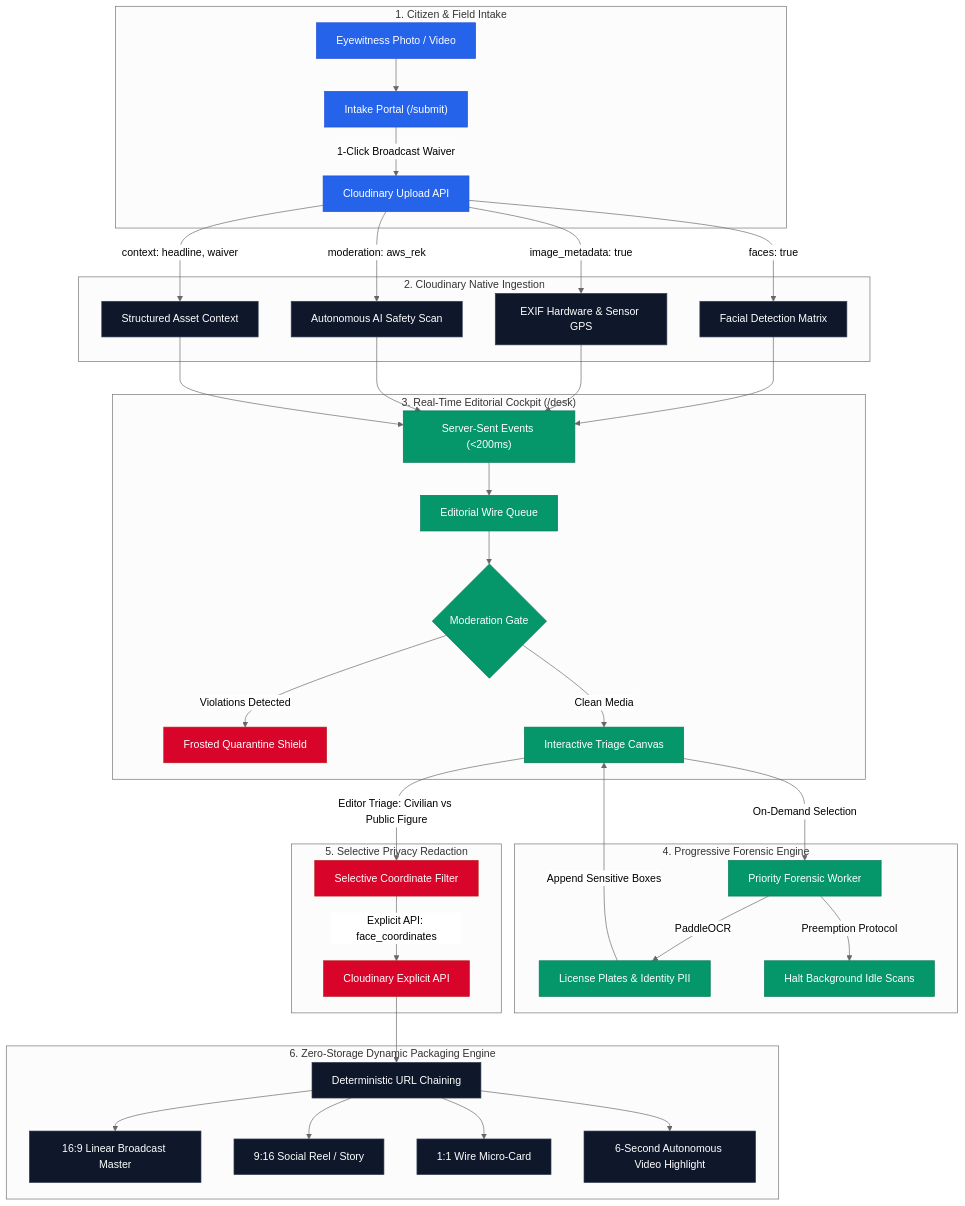
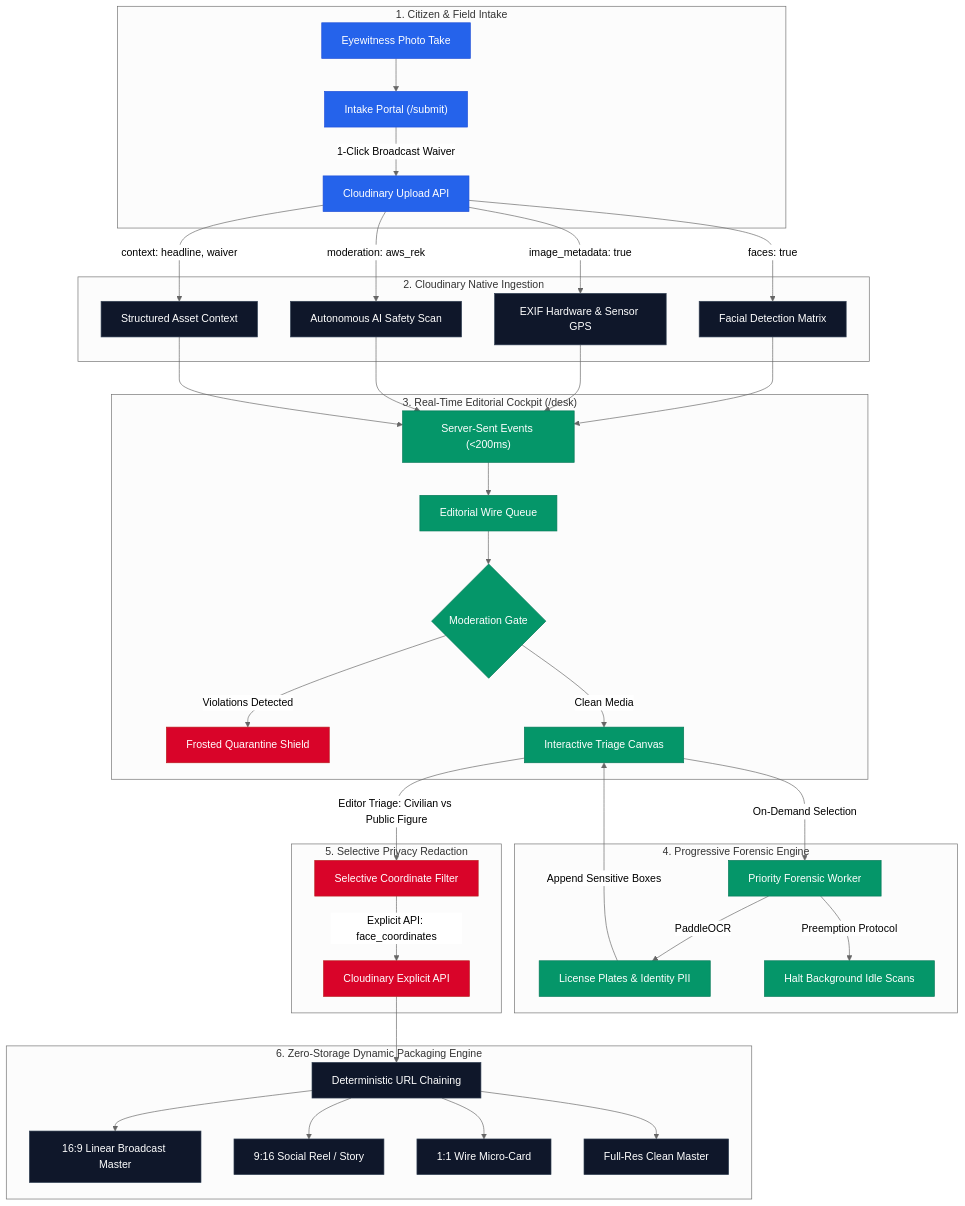
The diagram in README.md (HackIndiaXYZ/pixels-to-products-cloudinary-ai-hackathon-2026-rwik-debnath), drawn with Mermaid (neutral theme) before and after one commit. The commit also changed other lines of this file, not shown here.

Commit message:
docs: remove 6s video references to align with photo journalism pipeline

````diff
--- a/README.md
+++ b/README.md
@@ -51,56 +51,56 @@
 ```mermaid
 flowchart TD
     subgraph INTAKE ["1. Citizen & Field Intake"]
-        A["Eyewitness Photo / Video"] --> B["Intake Portal (/submit)"]
+        A["Eyewitness Photo Take"] --> B["Intake Portal (/submit)"]
         B -->|"1-Click Broadcast Waiver"| C["Cloudinary Upload API"]
     end
 
     subgraph CLOUDINARY_INGEST ["2. Cloudinary Native Ingestion"]
         C -->|"faces: true"| D["Facial Detection Matrix"]
         C -->|"image_metadata: true"| E["EXIF Hardware & Sensor GPS"]
         C -->|"moderation: aws_rek"| F["Autonomous AI Safety Scan"]
         C -->|"context: headline, waiver"| G["Structured Asset Context"]
     end
 
     subgraph WIRE_DESK ["3. Real-Time Editorial Cockpit (/desk)"]
         D --> H["Server-Sent Events (<200ms)"]
         E --> H
         F --> H
         G --> H
         H --> I["Editorial Wire Queue"]
         I --> J{"Moderation Gate"}
         J -->|"Violations Detected"| K["Frosted Quarantine Shield"]
         J -->|"Clean Media"| L["Interactive Triage Canvas"]
     end
 
     subgraph FORENSICS ["4. Progressive Forensic Engine"]
         L -->|"On-Demand Selection"| M["Priority Forensic Worker"]
         M -->|"PaddleOCR"| N["License Plates & Identity PII"]
         M -->|"Preemption Protocol"| O["Halt Background Idle Scans"]
         N -->|"Append Sensitive Boxes"| L
     end
 
     subgraph REDACTION ["5. Selective Privacy Redaction"]
         L -->|"Editor Triage: Civilian vs Public Figure"| P["Selective Coordinate Filter"]
         P -->|"Explicit API: face_coordinates"| Q["Cloudinary Explicit API"]
     end
 
     subgraph PACKAGING ["6. Zero-Storage Dynamic Packaging Engine"]
         Q --> R["Deterministic URL Chaining"]
         R --> S["16:9 Linear Broadcast Master"]
         R --> T["9:16 Social Reel / Story"]
         R --> U["1:1 Wire Micro-Card"]
-        R --> V["6-Second Autonomous Video Highlight"]
+        R --> V["Full-Res Clean Master"]
     end
 
     classDef primary fill:#2563eb,stroke:#1d4ed8,color:#fff;
     classDef accent fill:#d90429,stroke:#b91c1c,color:#fff;
     classDef success fill:#059669,stroke:#047857,color:#fff;
     classDef dark fill:#0f172a,stroke:#334155,color:#fff;
     
     class A,B,C primary;
     class D,E,F,G dark;
     class H,I,J,L,M,N,O success;
     class K,P,Q accent;
     class R,S,T,U,V dark;
 ```
````
